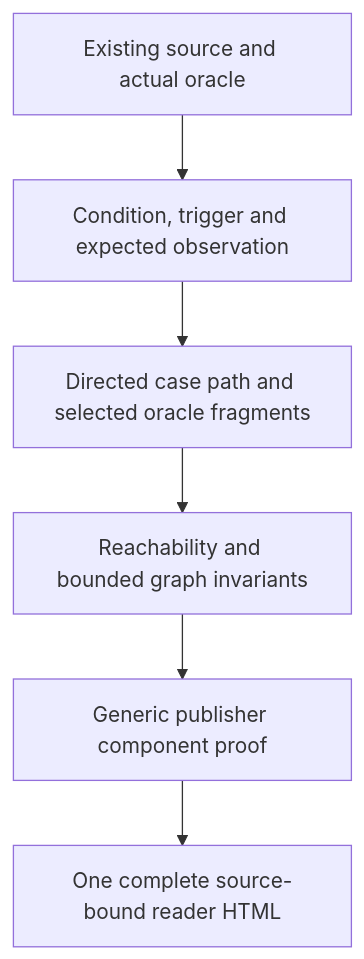
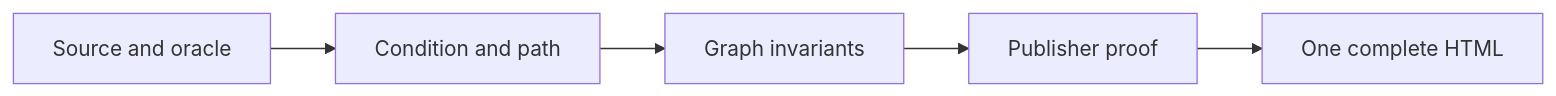
The diagram in docs/feedback/Behavior_And_Negative_Cases.md (crististefanita/ATF_AI), drawn with Mermaid before and after one commit. The commit also changed other lines of this file and 111 other files, not shown here.

````diff
--- a/docs/feedback/Behavior_And_Negative_Cases.md
+++ b/docs/feedback/Behavior_And_Negative_Cases.md
@@ -16,8 +16,7 @@
 ```mermaid
-flowchart TB
-    Source["Existing source and actual oracle"] --> Case["Condition, trigger and expected observation"]
-    Case --> Walk["Directed case path and selected oracle fragments"]
-    Walk --> Guard["Reachability and bounded graph invariants"]
-    Guard --> Component["Generic publisher component proof"]
-    Component --> Reader["One complete source-bound reader HTML"]
+flowchart LR
+    Source["Source and oracle"] --> Case["Condition and path"]
+    Case --> Guard["Graph invariants"]
+    Guard --> Component["Publisher proof"]
+    Component --> Reader["One complete HTML"]
 ```
````
